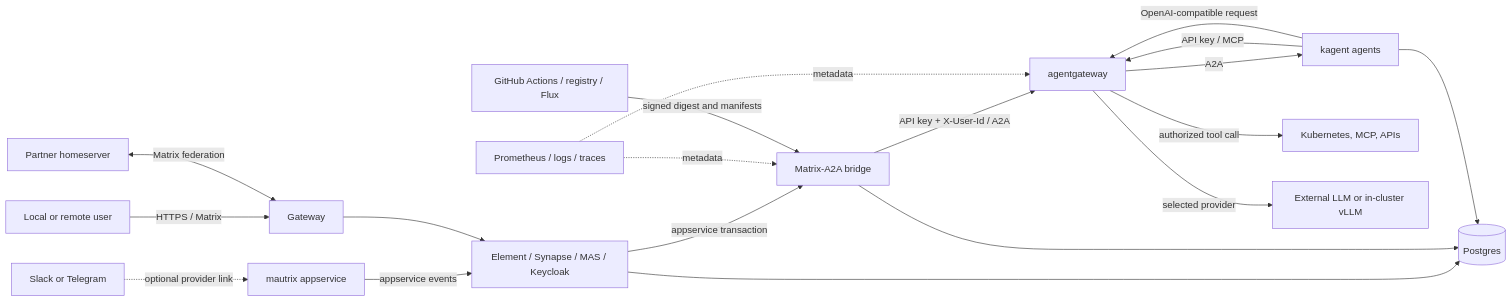
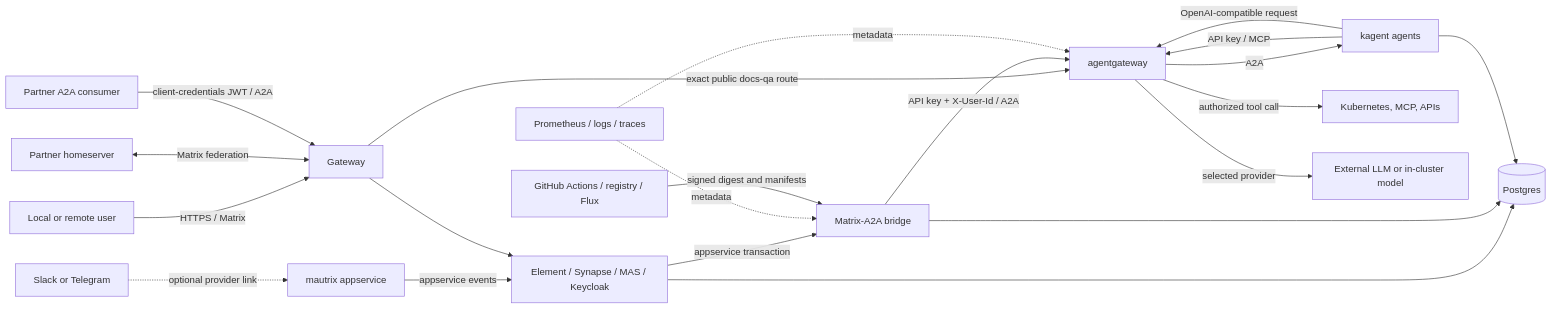
The diagram in docs/security/threat-model.md (fmind-ai/fgentic), drawn with Mermaid before and after one commit. The commit also changed other lines of this file and 47 other files, not shown here.

````diff
--- a/docs/security/threat-model.md
+++ b/docs/security/threat-model.md
@@ -47,21 +48,23 @@
 ```mermaid
 flowchart LR
   U[Local or remote user] -->|HTTPS / Matrix| G[Gateway]
   BN[Slack or Telegram] -. optional provider link .-> EB[mautrix appservice]
   EB -->|appservice events| E
   FH[Partner homeserver] <-->|Matrix federation| G
+  AC[Partner A2A consumer] -->|client-credentials JWT / A2A| G
   G --> E[Element / Synapse / MAS / Keycloak]
+  G -->|exact public docs-qa route| AG
   E -->|appservice transaction| B[Matrix-A2A bridge]
   B -->|API key + X-User-Id / A2A| AG[agentgateway]
   AG -->|A2A| K[kagent agents]
   K -->|API key / MCP| AG
   AG -->|authorized tool call| T[Kubernetes, MCP, APIs]
   K -->|OpenAI-compatible request| AG
-  AG -->|selected provider| P[External LLM or in-cluster vLLM]
+  AG -->|selected provider| P[External LLM or in-cluster model]
   E --> DB[(Postgres)]
   B --> DB
   K --> DB
   O[Prometheus / logs / traces] -. metadata .-> B
   O -. metadata .-> AG
   F[GitHub Actions / registry / Flux] -->|signed digest and manifests| B
 ```
````
